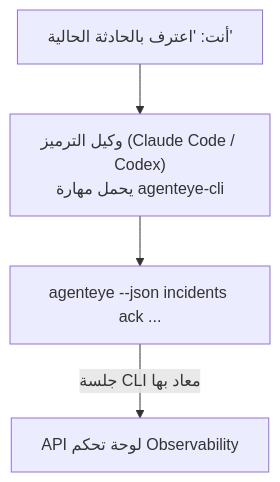
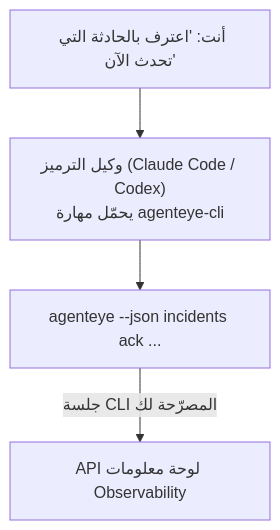
The diagram in docs/ar/agenteye/cli-skill.mdx (FailproofAI/failproofai), drawn with Mermaid before and after one commit. The commit also changed other lines of this file and 650 other files, not shown here.

````diff
--- a/docs/ar/agenteye/cli-skill.mdx
+++ b/docs/ar/agenteye/cli-skill.mdx
@@ -28,6 +28,6 @@
 ```mermaid
 flowchart TD
-    YOU["أنت: 'اعترف بالحادثة الحالية'"] --> AGENT["وكيل الترميز (Claude Code / Codex)<br/>يحمل مهارة agenteye-cli"]
+    YOU["أنت: 'اعترف بالحادثة التي تحدث الآن'"] --> AGENT["وكيل الترميز (Claude Code / Codex)<br/>يحمّل مهارة agenteye-cli"]
     AGENT --> CLI["agenteye --json incidents ack ..."]
-    CLI -->|جلسة CLI معاد بها| API["API لوحة تحكم Observability"]
+    CLI -->|جلسة CLI المصرّحة لك| API["API لوحة معلومات Observability"]
 ```
````
